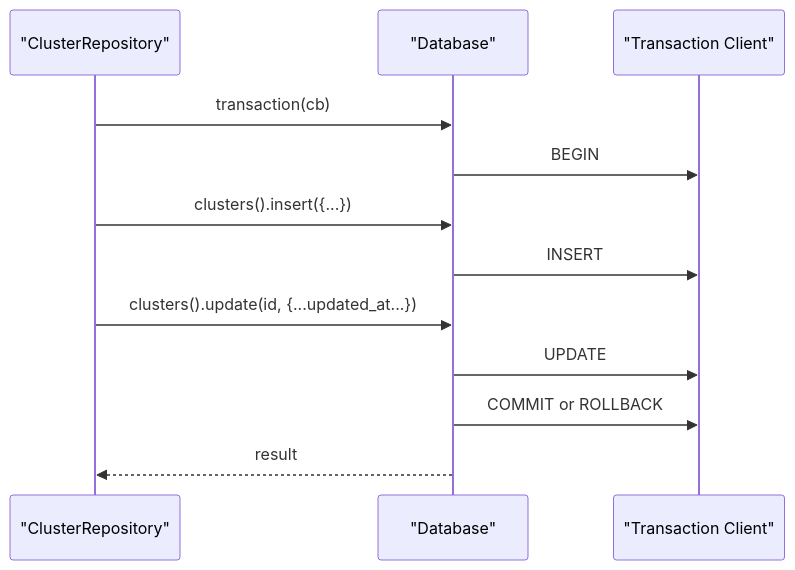
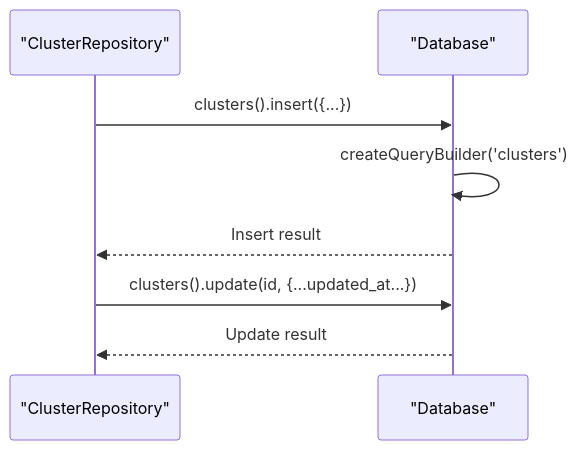
The sixth of 10 diagrams in .qoder/repowiki/en/content/Repository Layer/Repository Layer.md (vishnusaibhosekar/ares), drawn with Mermaid before and after one commit. The commit also changed other lines of this file and 12 other files, not shown here.

````diff
--- a/.qoder/repowiki/en/content/Repository Layer/Repository Layer.md
+++ b/.qoder/repowiki/en/content/Repository Layer/Repository Layer.md
@@ -334,14 +335,10 @@
 ```mermaid
 sequenceDiagram
 participant Repo as "ClusterRepository"
 participant DB as "Database"
-participant Tx as "Transaction Client"
-Repo->>DB : transaction(cb)
-DB->>Tx : BEGIN
 Repo->>DB : clusters().insert({...})
-DB->>Tx : INSERT
+DB->>DB : createQueryBuilder('clusters')
+DB-->>Repo : Insert result
 Repo->>DB : clusters().update(id, {...updated_at...})
-DB->>Tx : UPDATE
-DB->>Tx : COMMIT or ROLLBACK
-DB-->>Repo : result
+DB-->>Repo : Update result
 ```
````
